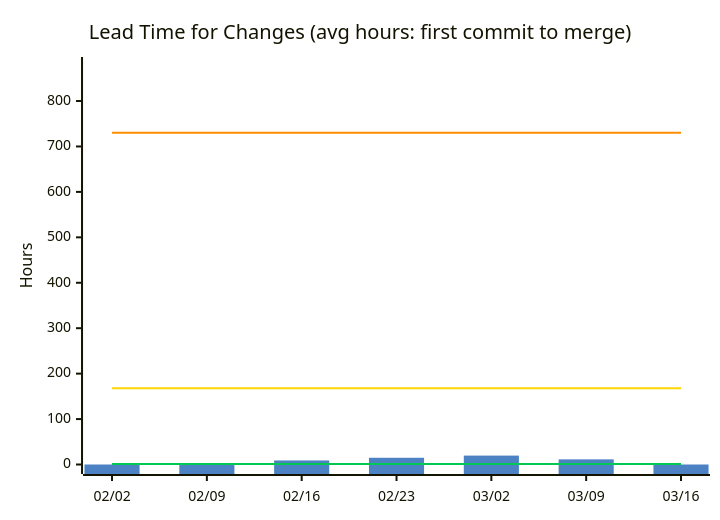
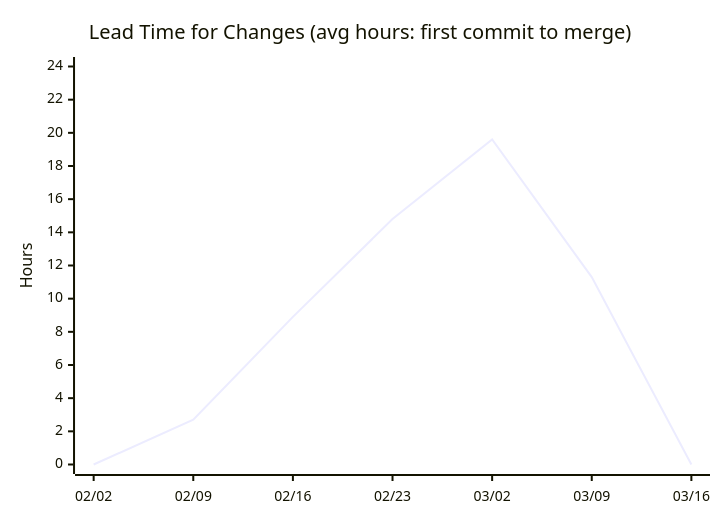
The second of 14 diagrams in docs/metrics.md (nablarch/nabledge-dev), drawn with Mermaid before and after one commit. The commit also changed other lines of this file, not shown here.

````diff
--- a/docs/metrics.md
+++ b/docs/metrics.md
@@ -49,11 +33,7 @@
 ```mermaid
-%%{init: {'theme': 'base', 'themeVariables': {'xyChart': {'plotColorPalette': '#4C82C3,#00C853,#FFD600,#FF8C00'}}}}%%
 xychart-beta
   title "Lead Time for Changes (avg hours: first commit to merge)"
   x-axis ["02/02", "02/09", "02/16", "02/23", "03/02", "03/09", "03/16"]
-  y-axis "Hours" 0 --> 876
-  bar [0, 2.7, 8.9, 14.8, 19.6, 11.3, 0]
-  line [1, 1, 1, 1, 1, 1, 1]
-  line [168, 168, 168, 168, 168, 168, 168]
-  line [730, 730, 730, 730, 730, 730, 730]
+  y-axis "Hours" 0 --> 24
+  line [0, 2.7, 8.9, 14.8, 19.6, 11.3, 0]
 ```
````
